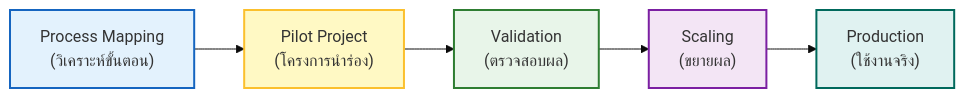
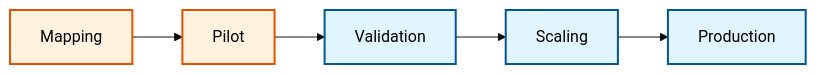
The second of 2 diagrams in MODULE_07_UTILITIES_AUTOMATION/CONTENT/05_AUTOMATION/01_🎯_Overview_Automation_Strategy.md (wramet/build-my-cfd), drawn with Mermaid (base theme) before and after one commit. The commit also changed other lines of this file and 313 other files, not shown here.

Commit message:
Revise all diagram

````diff
--- a/MODULE_07_UTILITIES_AUTOMATION/CONTENT/05_AUTOMATION/01_🎯_Overview_Automation_Strategy.md
+++ b/MODULE_07_UTILITIES_AUTOMATION/CONTENT/05_AUTOMATION/01_🎯_Overview_Automation_Strategy.md
@@ -445,13 +442,10 @@
 ```mermaid
 flowchart LR
-    A["Process Mapping<br/>(วิเคราะห์ขั้นตอน)"] --> B["Pilot Project<br/>(โครงการนำร่อง)"]
-    B --> C["Validation<br/>(ตรวจสอบผล)"]
-    C --> D["Scaling<br/>(ขยายผล)"]
-    D --> E["Production<br/>(ใช้งานจริง)"]
+classDef implicit fill:#e1f5fe,stroke:#01579b,stroke-width:2px,color:#000
+classDef explicit fill:#fff3e0,stroke:#e65100,stroke-width:2px,color:#000
 
-    style A fill:#e3f2fd,stroke:#1565c0,stroke-width:2px
-    style B fill:#fff9c4,stroke:#fbc02d,stroke-width:2px
-    style C fill:#e8f5e9,stroke:#2e7d32,stroke-width:2px
-    style D fill:#f3e5f5,stroke:#7b1fa2,stroke-width:2px
-    style E fill:#e0f2f1,stroke:#00695c,stroke-width:2px
+A[Mapping]:::explicit --> B[Pilot]:::explicit
+B --> C[Validation]:::implicit
+C --> D[Scaling]:::implicit
+D --> E[Production]:::implicit
 ```
````
